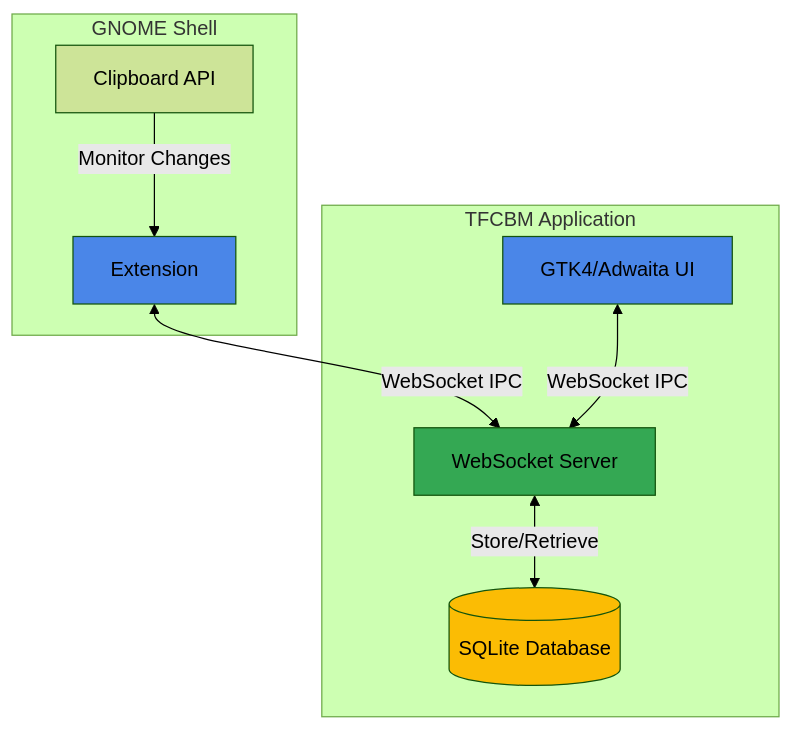
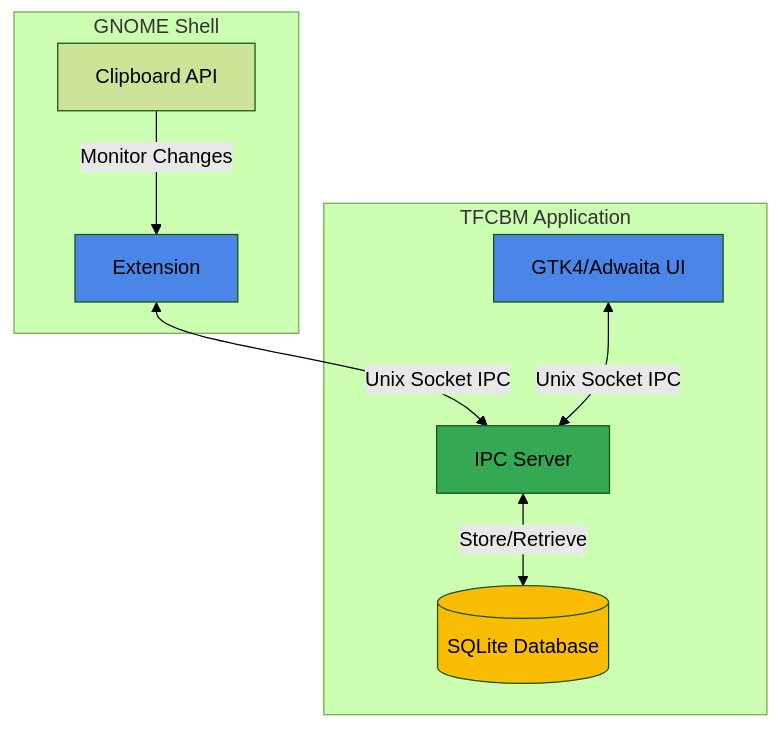
Before and after one commit to dyslechtchitect/tfcbm: the first of 2 diagrams in README.md, drawn with Mermaid (forest theme). The commit also changed other lines of this file, not shown here.

First line of the commit message:
Fix architecture description to use Unix domain sockets

````diff
--- a/README.md
+++ b/README.md
@@ -43,23 +43,23 @@
 ```mermaid
 graph TB
     subgraph "GNOME Shell"
         EXT[Extension]
         CLIP[Clipboard API]
     end
 
     subgraph "TFCBM Application"
         UI[GTK4/Adwaita UI]
-        SERVER[WebSocket Server]
+        SERVER[IPC Server]
         DB[(SQLite Database)]
     end
 
     CLIP -->|Monitor Changes| EXT
-    EXT <-->|WebSocket IPC| SERVER
-    UI <-->|WebSocket IPC| SERVER
+    EXT <-->|Unix Socket IPC| SERVER
+    UI <-->|Unix Socket IPC| SERVER
     SERVER <-->|Store/Retrieve| DB
 
     style EXT fill:#4a86e8
     style UI fill:#4a86e8
     style SERVER fill:#34a853
     style DB fill:#fbbc04
 ```
````
